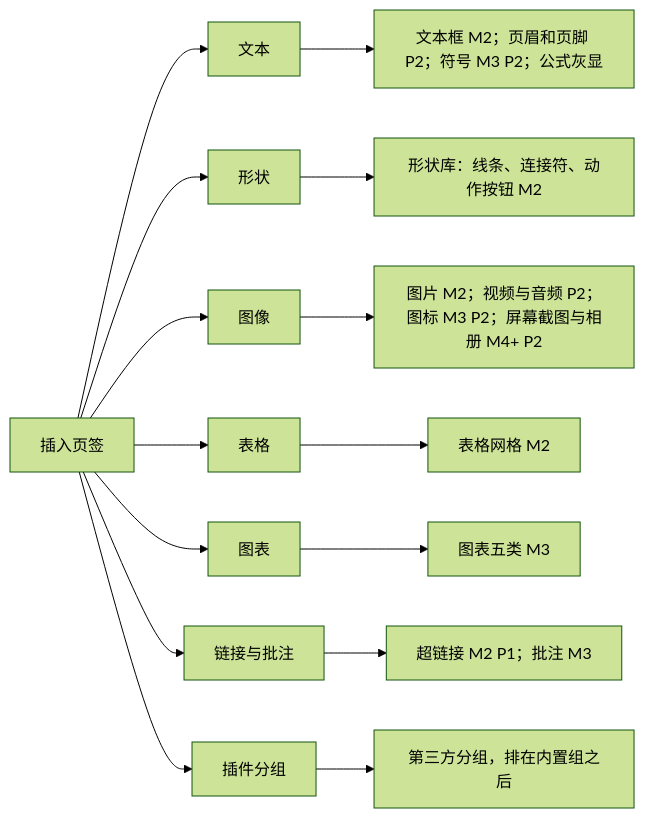
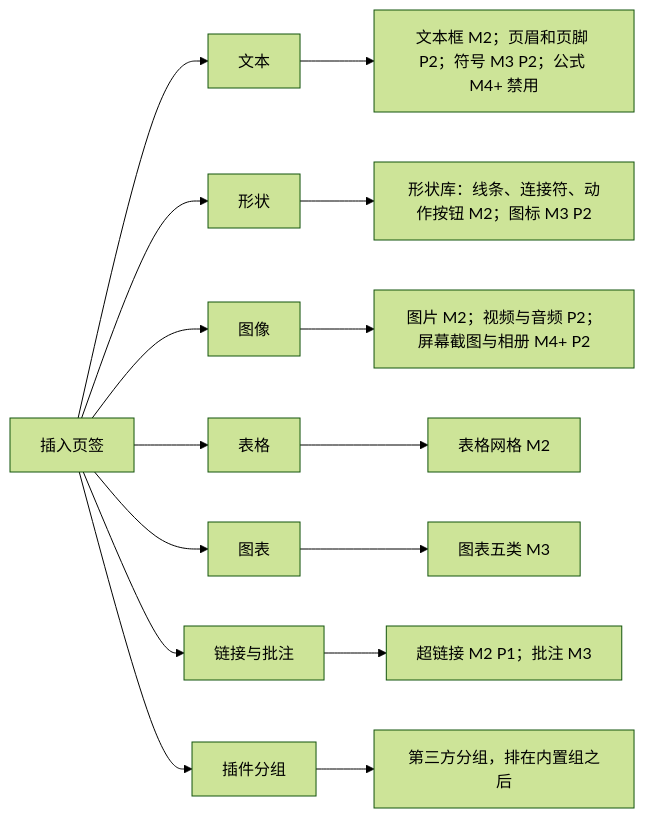
The ninth of 34 diagrams in docs/50-frontend/18-editor-capabilities.md (Xeonice/cordis-ppt-editor), drawn with Mermaid (forest theme) before and after one commit. The commit also changed other lines of this file and 12 other files, not shown here.

````diff
--- a/docs/50-frontend/18-editor-capabilities.md
+++ b/docs/50-frontend/18-editor-capabilities.md
@@ -416,17 +416,17 @@
 ```mermaid
 flowchart LR
   tab["插入页签"] --> gText["文本"]
   tab --> gShape["形状"]
   tab --> gImg["图像"]
   tab --> gTbl["表格"]
   tab --> gChart["图表"]
   tab --> gLink["链接与批注"]
   tab --> gPlug["插件分组"]
-  gText --> t1["文本框 M2；页眉和页脚 P2；符号 M3 P2；公式灰显"]
-  gShape --> s1["形状库：线条、连接符、动作按钮 M2"]
-  gImg --> i1["图片 M2；视频与音频 P2；图标 M3 P2；屏幕截图与相册 M4+ P2"]
+  gText --> t1["文本框 M2；页眉和页脚 P2；符号 M3 P2；公式 M4+ 禁用"]
+  gShape --> s1["形状库：线条、连接符、动作按钮 M2；图标 M3 P2"]
+  gImg --> i1["图片 M2；视频与音频 P2；屏幕截图与相册 M4+ P2"]
   gTbl --> b1["表格网格 M2"]
   gChart --> c1["图表五类 M3"]
   gLink --> l1["超链接 M2 P1；批注 M3"]
   gPlug --> p1["第三方分组，排在内置组之后"]
 ```
````
